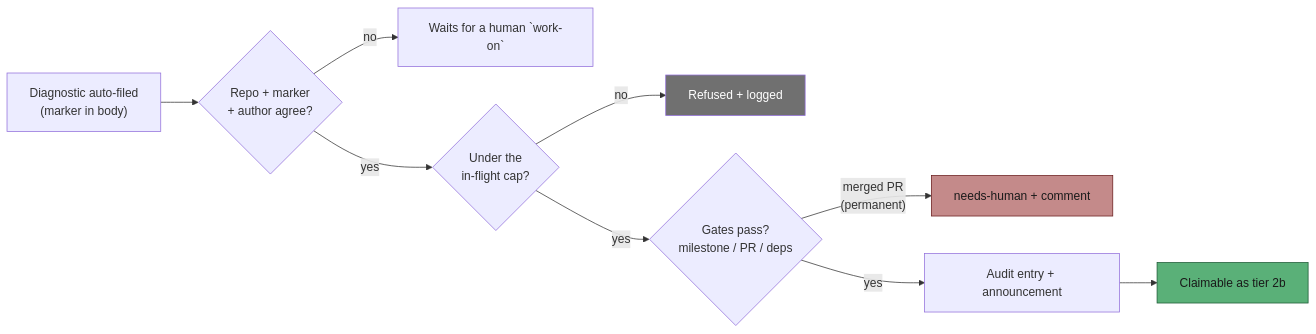
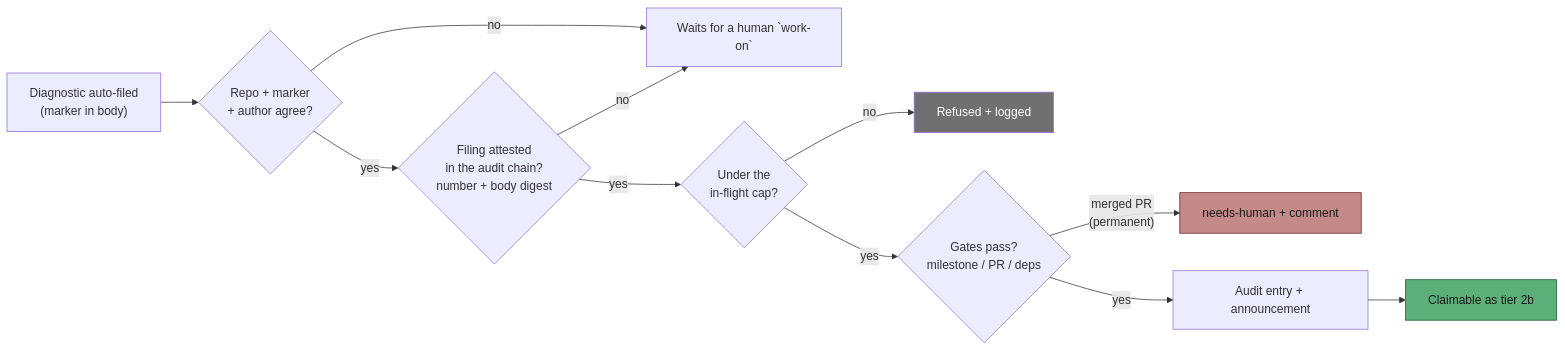
Before and after one commit to stSoftwareAU/VibeCoder: the third of 15 diagrams in docs/workflows/issue-processing.md, drawn with Mermaid. The commit also changed other lines of this file and 145 other files, not shown here.

````diff
--- a/docs/workflows/issue-processing.md
+++ b/docs/workflows/issue-processing.md
@@ -134,14 +163,16 @@
 ```mermaid
 flowchart LR
     A["Diagnostic auto-filed<br/>(marker in body)"] --> B{Repo + marker<br/>+ author agree?}
     B -- no --> W[Waits for a human `work-on`]
-    B -- yes --> C{Under the<br/>in-flight cap?}
+    B -- yes --> X{Filing attested<br/>in the audit chain?<br/>number + body digest}
+    X -- no --> W
+    X -- yes --> C{Under the<br/>in-flight cap?}
     C -- no --> R[Refused + logged]
     C -- yes --> D{Gates pass?<br/>milestone / PR / deps}
     D -- "merged PR<br/>(permanent)" --> E[needs-human + comment]
     D -- yes --> F[Audit entry + announcement]
     F --> G[Claimable as tier 2b]
     style G fill:#5ab078,stroke:#1d5a35,color:#1a1a1a
     style E fill:#c48a8a,stroke:#6a1d1d,color:#1a1a1a
     style R fill:#707070,stroke:,color:#fff
 ```
````
